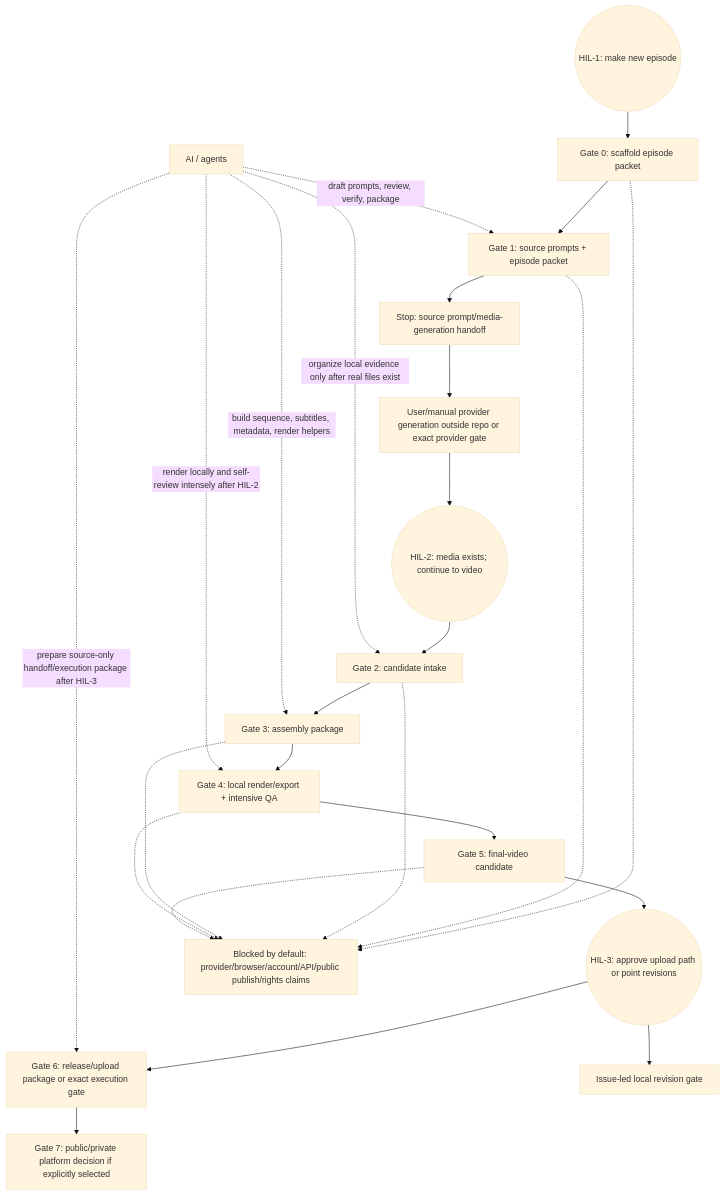
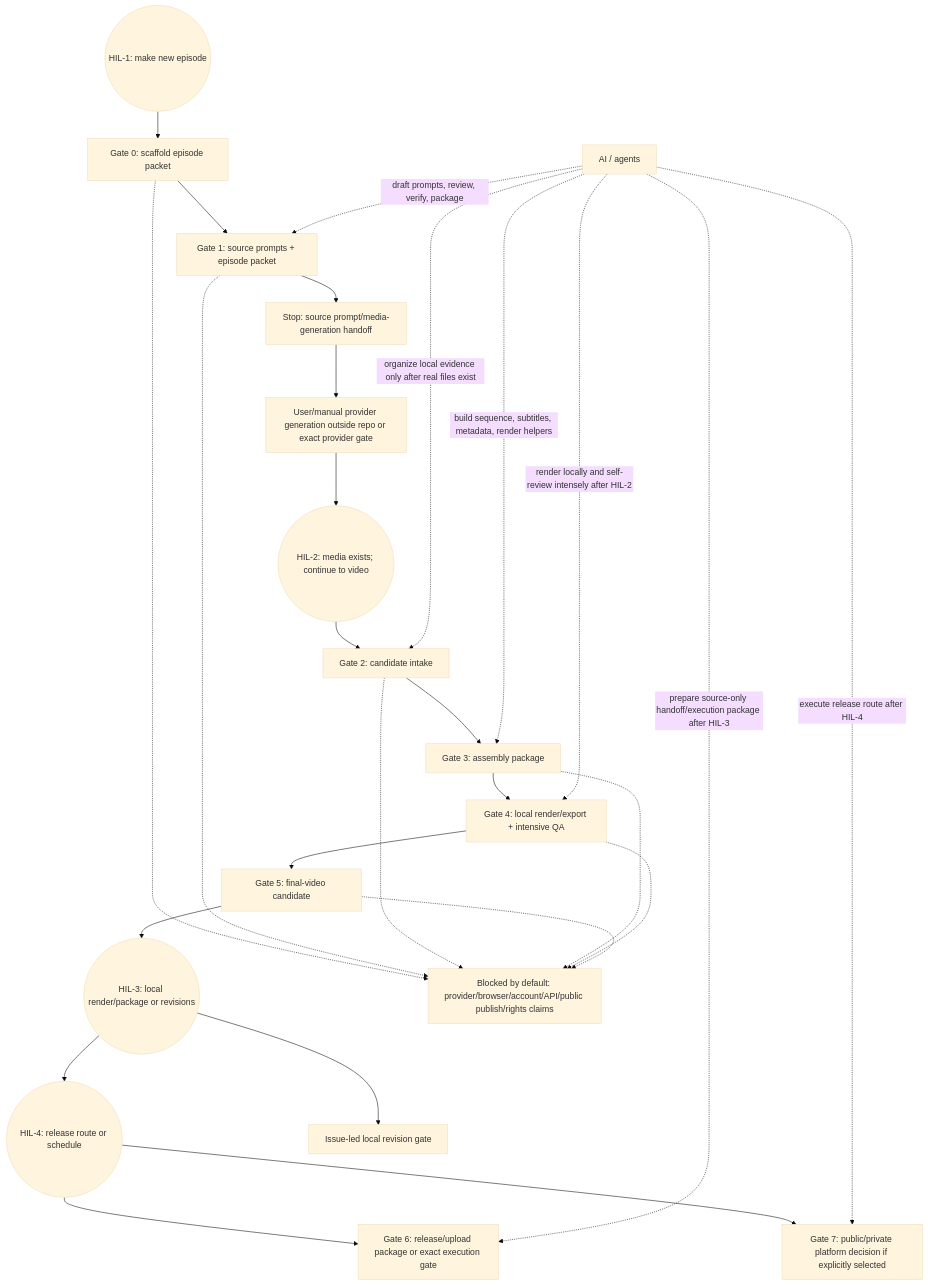
One commit to myr-air/zodiac-leo changed the diagram in docs/workflow-map.md. Above: the diagram before and after it, drawn with Mermaid (base theme). The commit also changed other lines of this file and 166 other files, not shown here.

````diff
--- a/docs/workflow-map.md
+++ b/docs/workflow-map.md
@@ -38,30 +41,32 @@
 ```mermaid
 flowchart TD
   U1((HIL-1: make new episode)) --> B[Gate 0: scaffold episode packet]
   B --> C[Gate 1: source prompts + episode packet]
   C --> C2[Stop: source prompt/media-generation handoff]
   C2 --> M[User/manual provider generation outside repo or exact provider gate]
   M --> U2((HIL-2: media exists; continue to video))
   U2 --> D[Gate 2: candidate intake]
   D --> E[Gate 3: assembly package]
   E --> F[Gate 4: local render/export + intensive QA]
   F --> G[Gate 5: final-video candidate]
-  G --> U3((HIL-3: approve upload path or point revisions))
-  U3 --> H[Gate 6: release/upload package or exact execution gate]
+  G --> U3((HIL-3: local render/package or revisions))
+  U3 --> U4((HIL-4: release route or schedule))
+  U4 --> H[Gate 6: release/upload package or exact execution gate]
   U3 --> R[Issue-led local revision gate]
-  H --> I[Gate 7: public/private platform decision if explicitly selected]
+  U4 --> I[Gate 7: public/private platform decision if explicitly selected]
 
   AI[AI / agents] -. draft prompts, review, verify, package .-> C
   AI -. organize local evidence only after real files exist .-> D
   AI -. build sequence, subtitles, metadata, render helpers .-> E
   AI -. render locally and self-review intensely after HIL-2 .-> F
   AI -. prepare source-only handoff/execution package after HIL-3 .-> H
+  AI -. execute release route after HIL-4 .-> I
 
   X[Blocked by default: provider/browser/account/API/public publish/rights claims]
   B -.-> X
   C -.-> X
   D -.-> X
   E -.-> X
   F -.-> X
   G -.-> X
 ```
````
